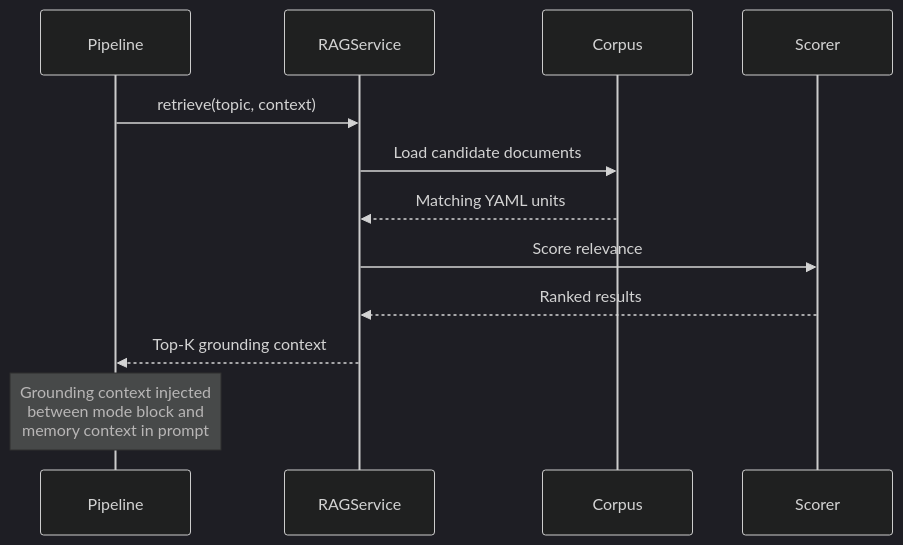
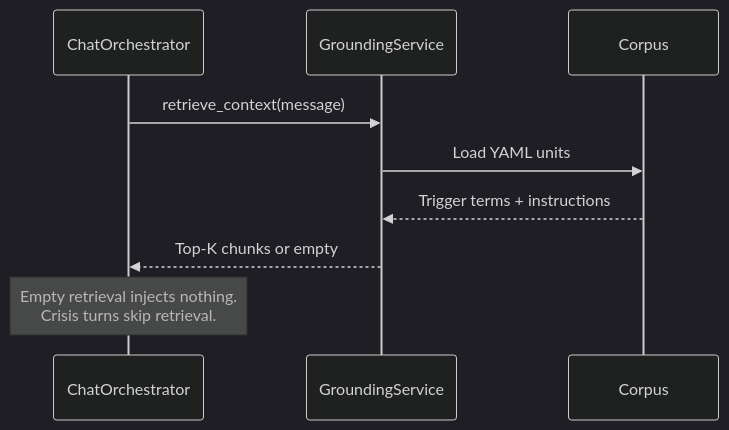
Before and after one commit to M1rw/MindPal: the second of 2 diagrams in docs/backend/rag-clinical-frameworks.md, drawn with Mermaid (dark theme). The commit also changed other lines of this file and 272 other files, not shown here.

````diff
--- a/docs/backend/rag-clinical-frameworks.md
+++ b/docs/backend/rag-clinical-frameworks.md
@@ -52,16 +49,12 @@
 ```mermaid
 sequenceDiagram
-    participant Pipeline
-    participant RAGService
+    participant Pipeline as ChatOrchestrator
+    participant Grounding as GroundingService
     participant Corpus
-    participant Scorer
 
-    Pipeline->>RAGService: retrieve(topic, context)
-    RAGService->>Corpus: Load candidate documents
-    Corpus-->>RAGService: Matching YAML units
-    RAGService->>Scorer: Score relevance
-    Scorer-->>RAGService: Ranked results
-    RAGService-->>Pipeline: Top-K grounding context
-    
-    Note over Pipeline: Grounding context injected<br/>between mode block and<br/>memory context in prompt
+    Pipeline->>Grounding: retrieve_context(message)
+    Grounding->>Corpus: Load YAML units
+    Corpus-->>Grounding: Trigger terms + instructions
+    Grounding-->>Pipeline: Top-K chunks or empty
+    Note over Pipeline: Empty retrieval injects nothing.<br/>Crisis turns skip retrieval.
 ```
````
